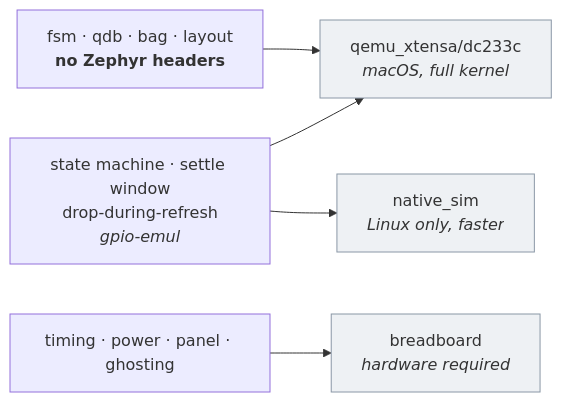
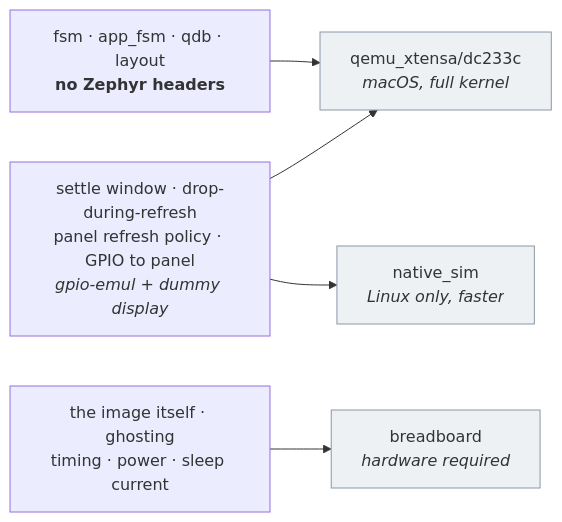
The tenth of 10 diagrams in docs/firmware_architecture.md (giacomomellone/cicala), drawn with Mermaid before and after one commit. The commit also changed other lines of this file and 10 other files, not shown here.

````diff
--- a/docs/firmware_architecture.md
+++ b/docs/firmware_architecture.md
@@ -270,10 +525,10 @@
 ```mermaid
 flowchart LR
-    A["fsm · qdb · bag · layout<br/><b>no Zephyr headers</b>"] --> H
-    B["state machine · settle window<br/>drop-during-refresh<br/><i>gpio-emul</i>"] --> H["qemu_xtensa/dc233c<br/><i>macOS, full kernel</i>"]
+    A["fsm · app_fsm · qdb · layout<br/><b>no Zephyr headers</b>"] --> H
+    B["settle window · drop-during-refresh<br/>panel refresh policy · GPIO to panel<br/><i>gpio-emul + dummy display</i>"] --> H["qemu_xtensa/dc233c<br/><i>macOS, full kernel</i>"]
     B --> N["native_sim<br/><i>Linux only, faster</i>"]
-    C["timing · power · panel · ghosting"] --> HW["breadboard<br/><i>hardware required</i>"]
+    C["the image itself · ghosting<br/>timing · power · sleep current"] --> HW["breadboard<br/><i>hardware required</i>"]
 
     classDef t fill:#eef1f4,stroke:#8a97a6
     class H,N,HW t
 ```
````
